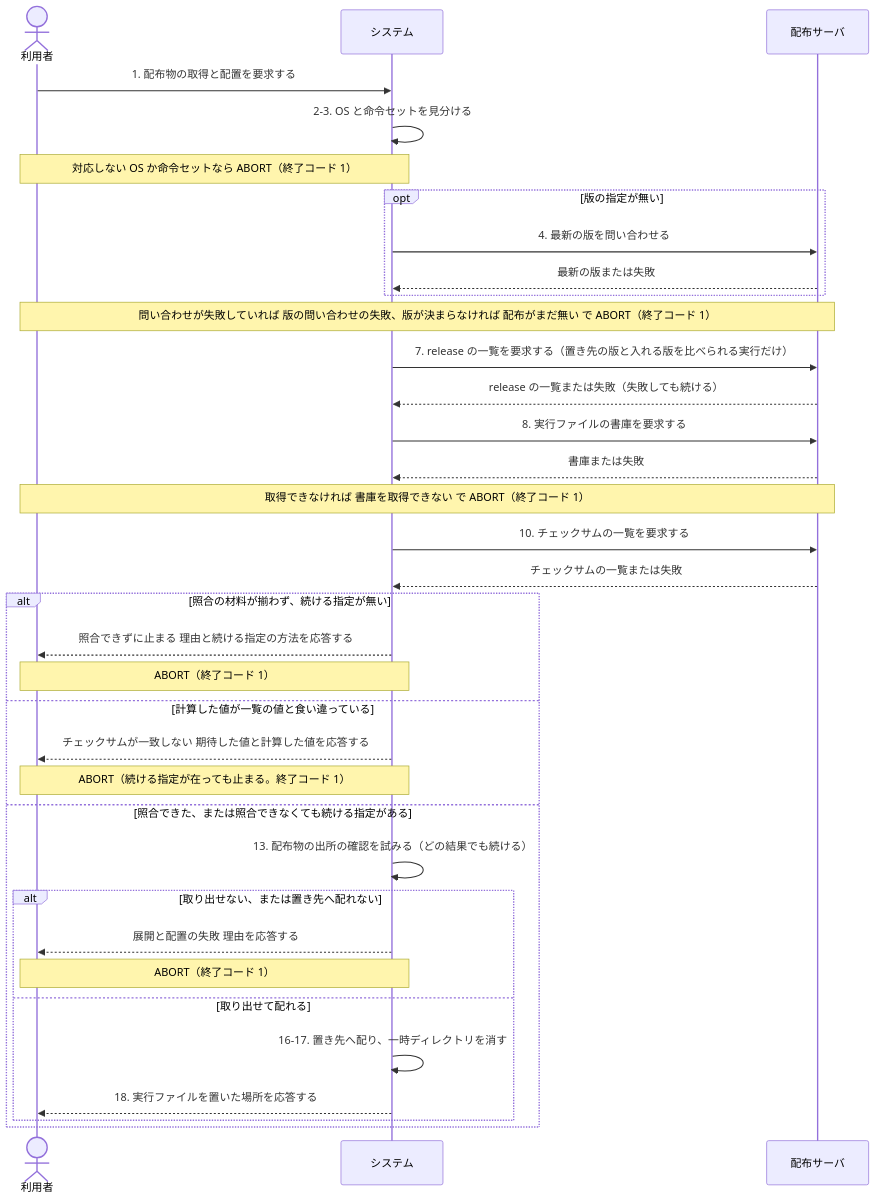
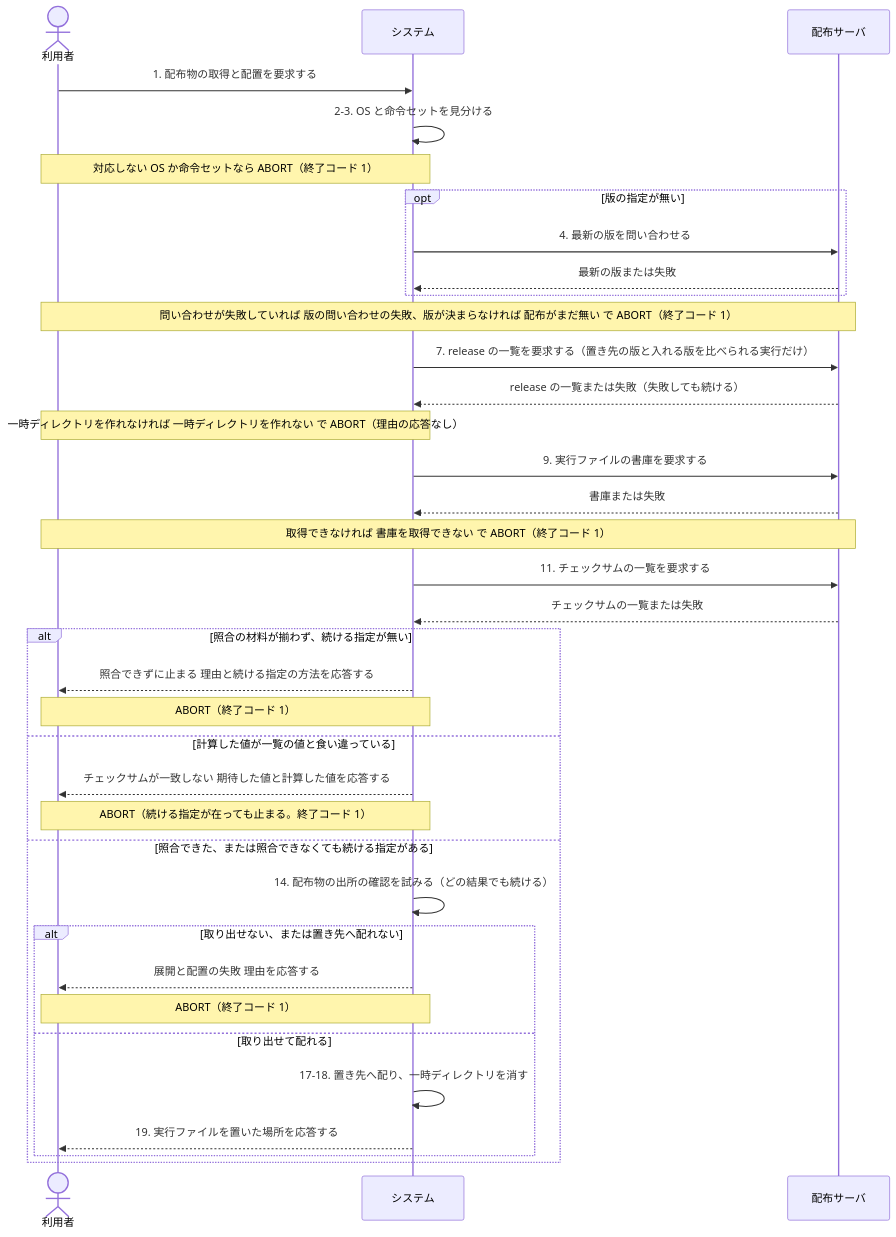
Before and after one commit to maimuzo/continuo: the second of 2 diagrams in docs/spec/usecases/particular_case/配布物を取って置く.rucm.md, drawn with Mermaid. The commit also changed other lines of this file and 93 other files, not shown here.

````diff
--- a/docs/spec/usecases/particular_case/配布物を取って置く.rucm.md
+++ b/docs/spec/usecases/particular_case/配布物を取って置く.rucm.md
@@ -250,38 +285,39 @@
 ```mermaid
 sequenceDiagram
     actor USER as 利用者
     participant SYS as システム
     participant REL as 配布サーバ
 
     USER->>SYS: 1. 配布物の取得と配置を要求する
     SYS->>SYS: 2-3. OS と命令セットを見分ける
     Note over USER,SYS: 対応しない OS か命令セットなら ABORT（終了コード 1）
     opt 版の指定が無い
         SYS->>REL: 4. 最新の版を問い合わせる
         REL-->>SYS: 最新の版または失敗
     end
     Note over USER,REL: 問い合わせが失敗していれば 版の問い合わせの失敗、版が決まらなければ 配布がまだ無い で ABORT（終了コード 1）
     SYS->>REL: 7. release の一覧を要求する（置き先の版と入れる版を比べられる実行だけ）
     REL-->>SYS: release の一覧または失敗（失敗しても続ける）
-    SYS->>REL: 8. 実行ファイルの書庫を要求する
+    Note over USER,SYS: 一時ディレクトリを作れなければ 一時ディレクトリを作れない で ABORT（理由の応答なし）
+    SYS->>REL: 9. 実行ファイルの書庫を要求する
     REL-->>SYS: 書庫または失敗
     Note over USER,REL: 取得できなければ 書庫を取得できない で ABORT（終了コード 1）
-    SYS->>REL: 10. チェックサムの一覧を要求する
+    SYS->>REL: 11. チェックサムの一覧を要求する
     REL-->>SYS: チェックサムの一覧または失敗
     alt 照合の材料が揃わず、続ける指定が無い
         SYS-->>USER: 照合できずに止まる 理由と続ける指定の方法を応答する
         Note over USER,SYS: ABORT（終了コード 1）
     else 計算した値が一覧の値と食い違っている
         SYS-->>USER: チェックサムが一致しない 期待した値と計算した値を応答する
         Note over USER,SYS: ABORT（続ける指定が在っても止まる。終了コード 1）
     else 照合できた、または照合できなくても続ける指定がある
-        SYS->>SYS: 13. 配布物の出所の確認を試みる（どの結果でも続ける）
+        SYS->>SYS: 14. 配布物の出所の確認を試みる（どの結果でも続ける）
         alt 取り出せない、または置き先へ配れない
             SYS-->>USER: 展開と配置の失敗 理由を応答する
             Note over USER,SYS: ABORT（終了コード 1）
         else 取り出せて配れる
-            SYS->>SYS: 16-17. 置き先へ配り、一時ディレクトリを消す
-            SYS-->>USER: 18. 実行ファイルを置いた場所を応答する
+            SYS->>SYS: 17-18. 置き先へ配り、一時ディレクトリを消す
+            SYS-->>USER: 19. 実行ファイルを置いた場所を応答する
         end
     end
 ```
````
